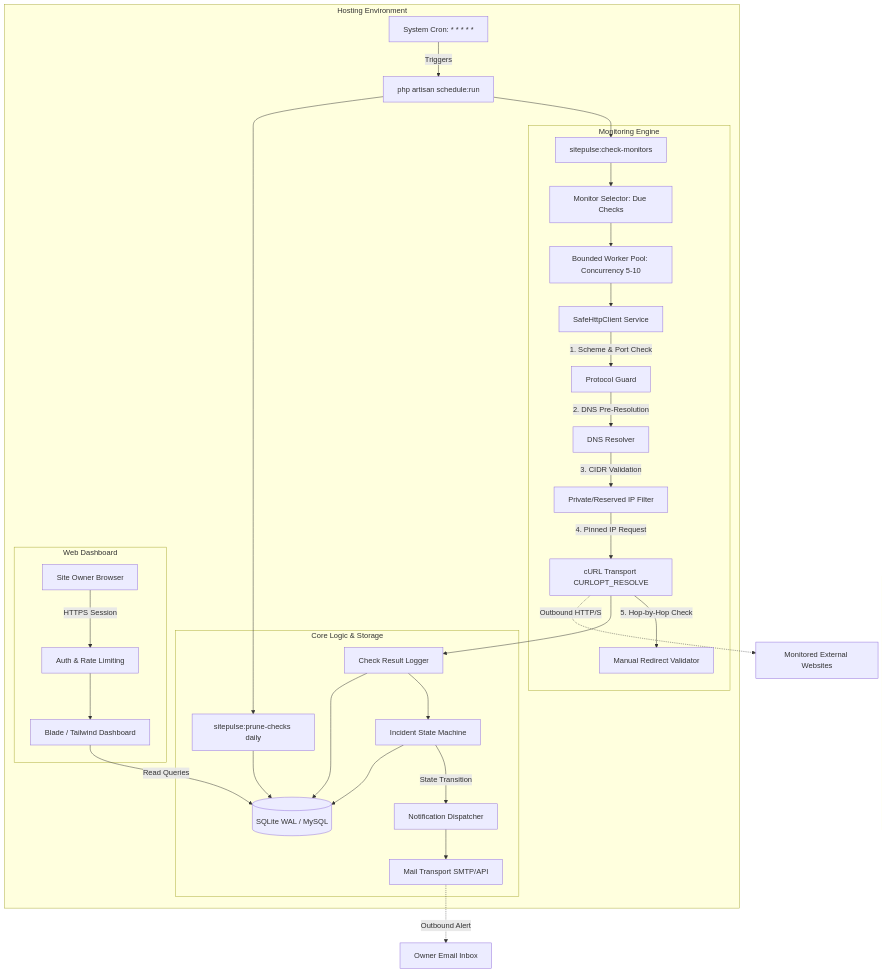
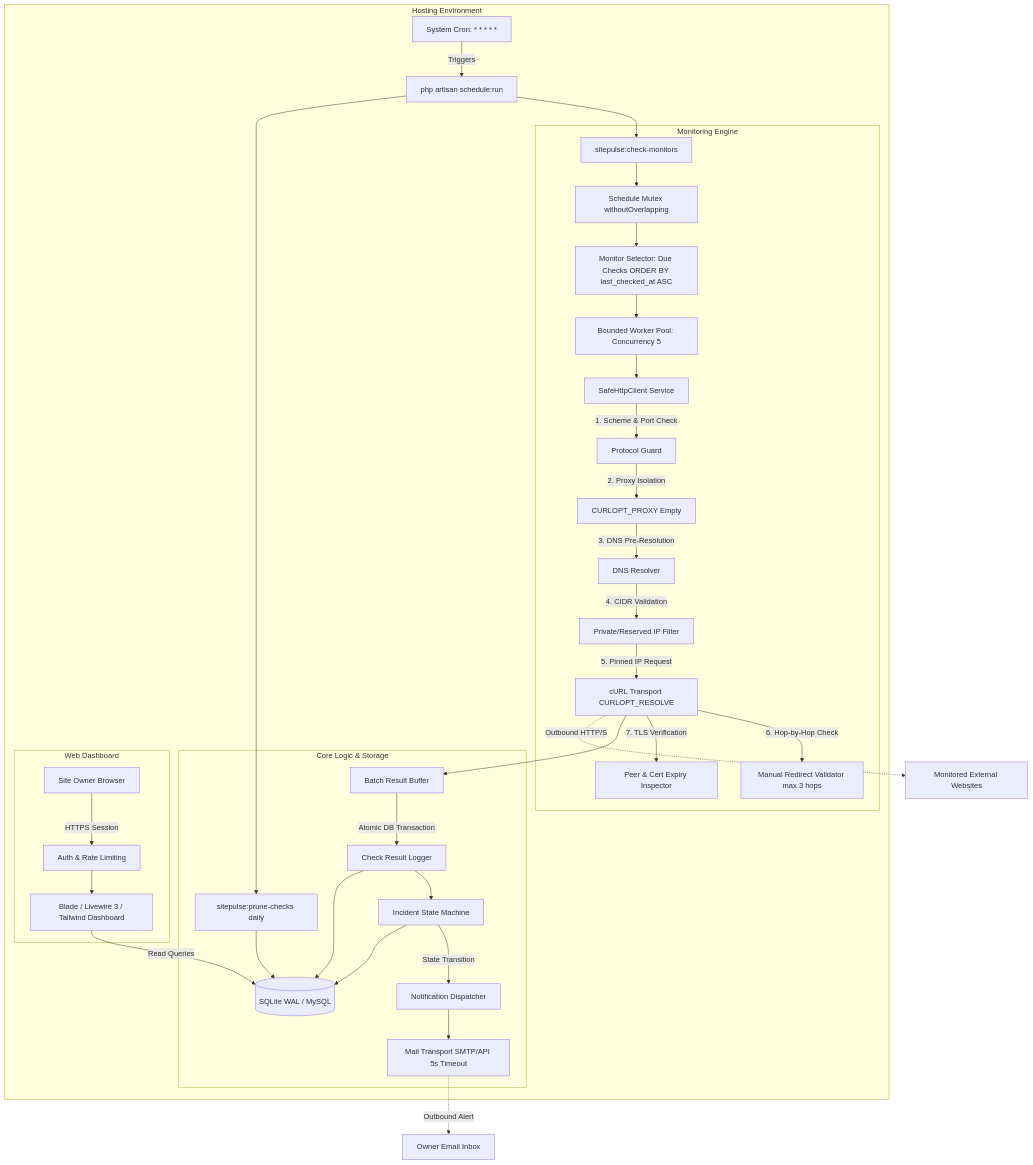
One commit to ayjed/SitePulse changed the first of 2 diagrams in docs/ARCHITECTURE.md. Above: the diagram before and after it, drawn with Mermaid. The commit also changed other lines of this file and 9 other files, not shown here.

Commit message:
docs: add comprehensive phase 00 architecture, security, hosting, test plan, and ADR documentation

````diff
--- a/docs/ARCHITECTURE.md
+++ b/docs/ARCHITECTURE.md
@@ -12,39 +12,43 @@
 ```mermaid
 flowchart TD
     subgraph Hosting Environment
         Cron[System Cron: * * * * *] -->|Triggers| ConsoleRunner[php artisan schedule:run]
         ConsoleRunner --> CheckCmd[sitepulse:check-monitors]
         ConsoleRunner --> PruneCmd[sitepulse:prune-checks daily]
         
         subgraph Monitoring Engine
-            CheckCmd --> Selector[Monitor Selector: Due Checks]
-            Selector --> Pool[Bounded Worker Pool: Concurrency 5-10]
+            CheckCmd --> Mutex[Schedule Mutex withoutOverlapping]
+            Mutex --> Selector[Monitor Selector: Due Checks ORDER BY last_checked_at ASC]
+            Selector --> Pool[Bounded Worker Pool: Concurrency 5]
             Pool --> SafeClient[SafeHttpClient Service]
             SafeClient -->|1. Scheme & Port Check| Guard1[Protocol Guard]
-            Guard1 -->|2. DNS Pre-Resolution| DNSResolver[DNS Resolver]
-            DNSResolver -->|3. CIDR Validation| IPFilter[Private/Reserved IP Filter]
-            IPFilter -->|4. Pinned IP Request| Transport[cURL Transport CURLOPT_RESOLVE]
-            Transport -->|5. Hop-by-Hop Check| RedirectMgr[Manual Redirect Validator]
+            Guard1 -->|2. Proxy Isolation| ProxyGuard[CURLOPT_PROXY Empty]
+            ProxyGuard -->|3. DNS Pre-Resolution| DNSResolver[DNS Resolver]
+            DNSResolver -->|4. CIDR Validation| IPFilter[Private/Reserved IP Filter]
+            IPFilter -->|5. Pinned IP Request| Transport[cURL Transport CURLOPT_RESOLVE]
+            Transport -->|6. Hop-by-Hop Check| RedirectMgr[Manual Redirect Validator max 3 hops]
+            Transport -->|7. TLS Verification| TLSGuard[Peer & Cert Expiry Inspector]
         end
         
         subgraph Core Logic & Storage
-            Transport --> CheckLogger[Check Result Logger]
+            Transport --> BatchBuffer[Batch Result Buffer]
+            BatchBuffer -->|Atomic DB Transaction| CheckLogger[Check Result Logger]
             CheckLogger --> StateMachine[Incident State Machine]
             StateMachine -->|State Transition| Notifier[Notification Dispatcher]
-            Notifier --> Mailer[Mail Transport SMTP/API]
+            Notifier --> Mailer[Mail Transport SMTP/API 5s Timeout]
             
             CheckLogger --> DB[(SQLite WAL / MySQL)]
             StateMachine --> DB
             PruneCmd --> DB
         end
         
         subgraph Web Dashboard
             Owner[Site Owner Browser] -->|HTTPS Session| Auth[Auth & Rate Limiting]
-            Auth --> Dashboard[Blade / Tailwind Dashboard]
+            Auth --> Dashboard[Blade / Livewire 3 / Tailwind Dashboard]
             Dashboard -->|Read Queries| DB
         end
     end
 
     Transport -.->|Outbound HTTP/S| ExternalSites[Monitored External Websites]
     Mailer -.->|Outbound Alert| OwnerMail[Owner Email Inbox]
 ```
````
